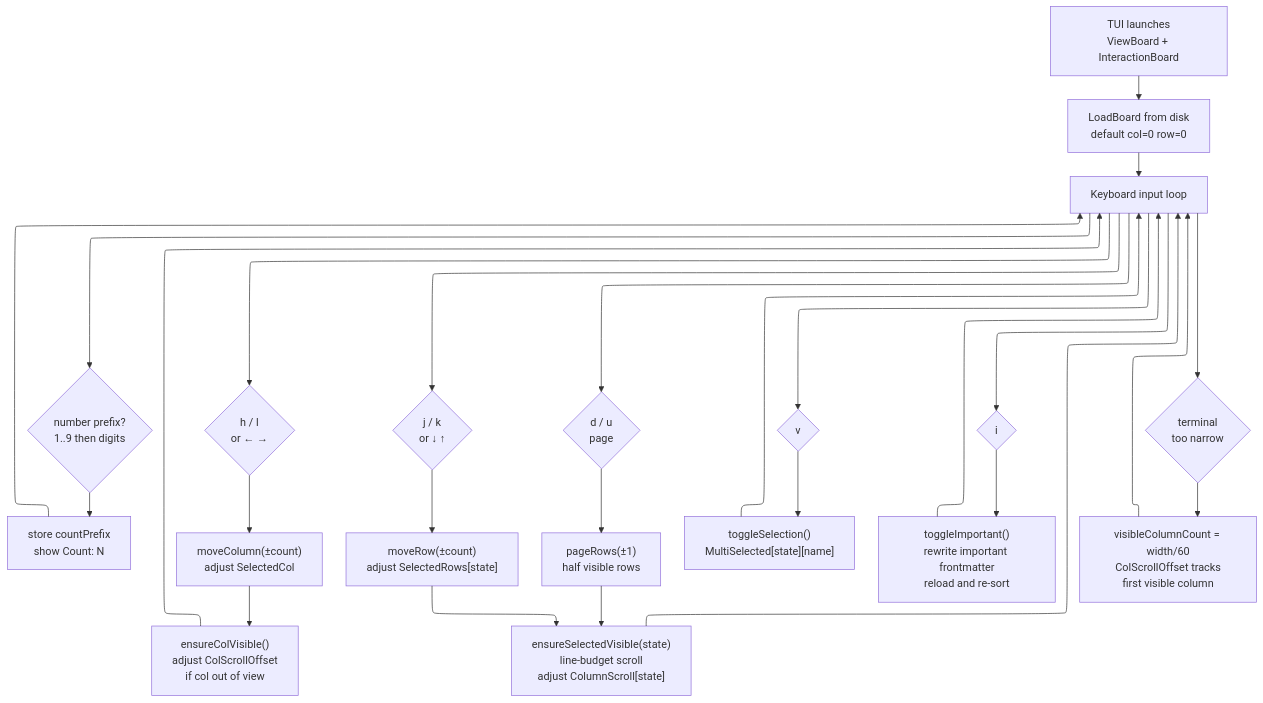
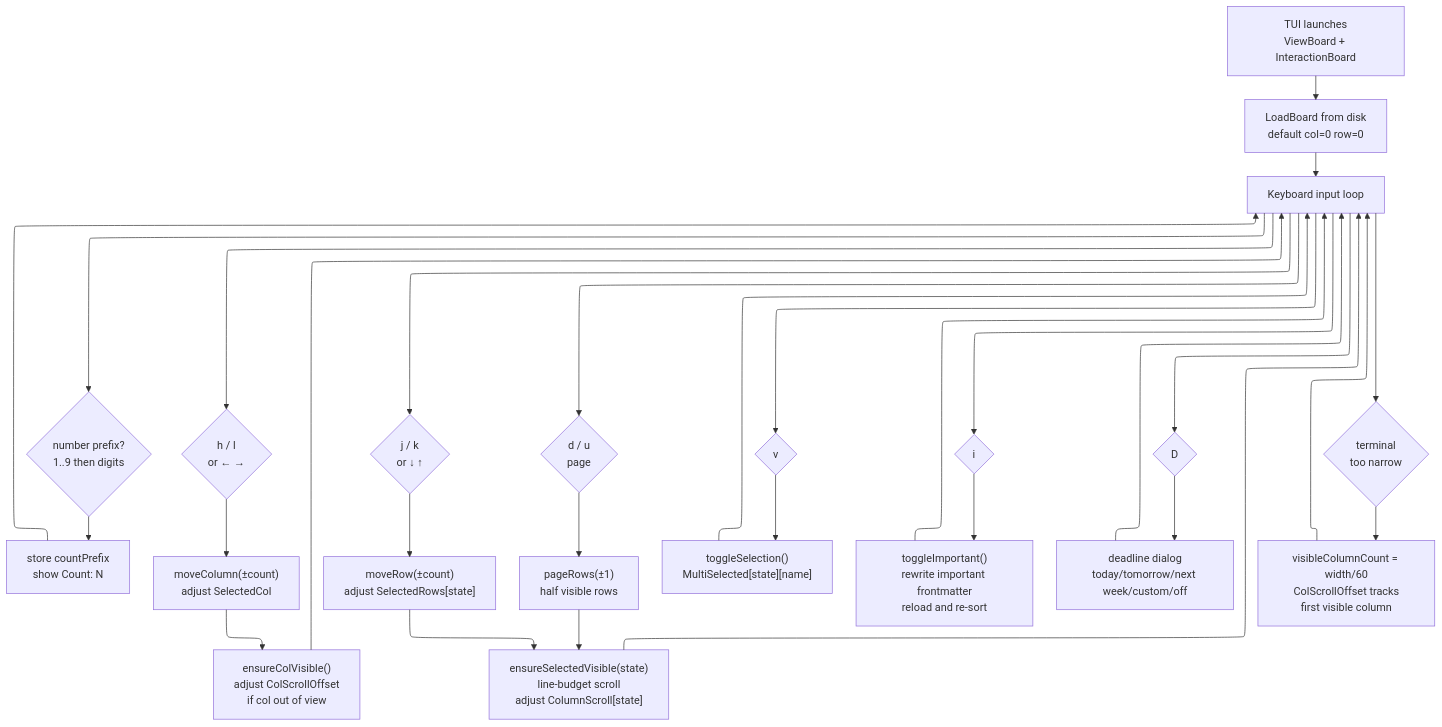
The first of 3 diagrams in docs/flows/board-navigation.md (dawidsok/tickcats), drawn with Mermaid before and after one commit. The commit also changed other lines of this file and 11 other files, not shown here.

````diff
--- a/docs/flows/board-navigation.md
+++ b/docs/flows/board-navigation.md
@@ -7,36 +7,40 @@
 ```mermaid
 %%{init: {"flowchart": {"defaultRenderer": "elk"}} }%%
 flowchart TD
     Start["TUI launches\nViewBoard + InteractionBoard"] --> Init["LoadBoard from disk\ndefault col=0 row=0"]
     Init --> Loop["Keyboard input loop"]
 
     Loop --> CountPrefix{"number prefix?\n1..9 then digits"}
     CountPrefix --> PendingCount["store countPrefix\nshow Count: N"]
     PendingCount --> Loop
 
     Loop --> ColNav{"h / l\nor ← →"}
     ColNav --> MoveCol["moveColumn(±count)\nadjust SelectedCol"]
     MoveCol --> EnsureColVis["ensureColVisible()\nadjust ColScrollOffset\nif col out of view"]
     EnsureColVis --> Loop
 
     Loop --> RowNav{"j / k\nor ↓ ↑"}
     RowNav --> MoveRow["moveRow(±count)\nadjust SelectedRows[state]"]
     MoveRow --> EnsureRowVis["ensureSelectedVisible(state)\nline-budget scroll\nadjust ColumnScroll[state]"]
     EnsureRowVis --> Loop
 
     Loop --> PageNav{"d / u\npage"}
     PageNav --> PageRows["pageRows(±1)\nhalf visible rows"]
     PageRows --> EnsureRowVis
 
     Loop --> MultiSel{"v"}
     MultiSel --> Toggle["toggleSelection()\nMultiSelected[state][name]"]
     Toggle --> Loop
 
     Loop --> Important{"i"}
     Important --> ToggleImportant["toggleImportant()\nrewrite important frontmatter\nreload and re-sort"]
     ToggleImportant --> Loop
 
+    Loop --> Deadline{"D"}
+    Deadline --> DeadlineDialog["deadline dialog\ntoday/tomorrow/next week/custom/off"]
+    DeadlineDialog --> Loop
+
     Loop --> HScroll{"terminal\ntoo narrow"}
     HScroll --> HScrollLogic["visibleColumnCount = width/60\nColScrollOffset tracks\nfirst visible column"]
     HScrollLogic --> Loop
 ```
````
